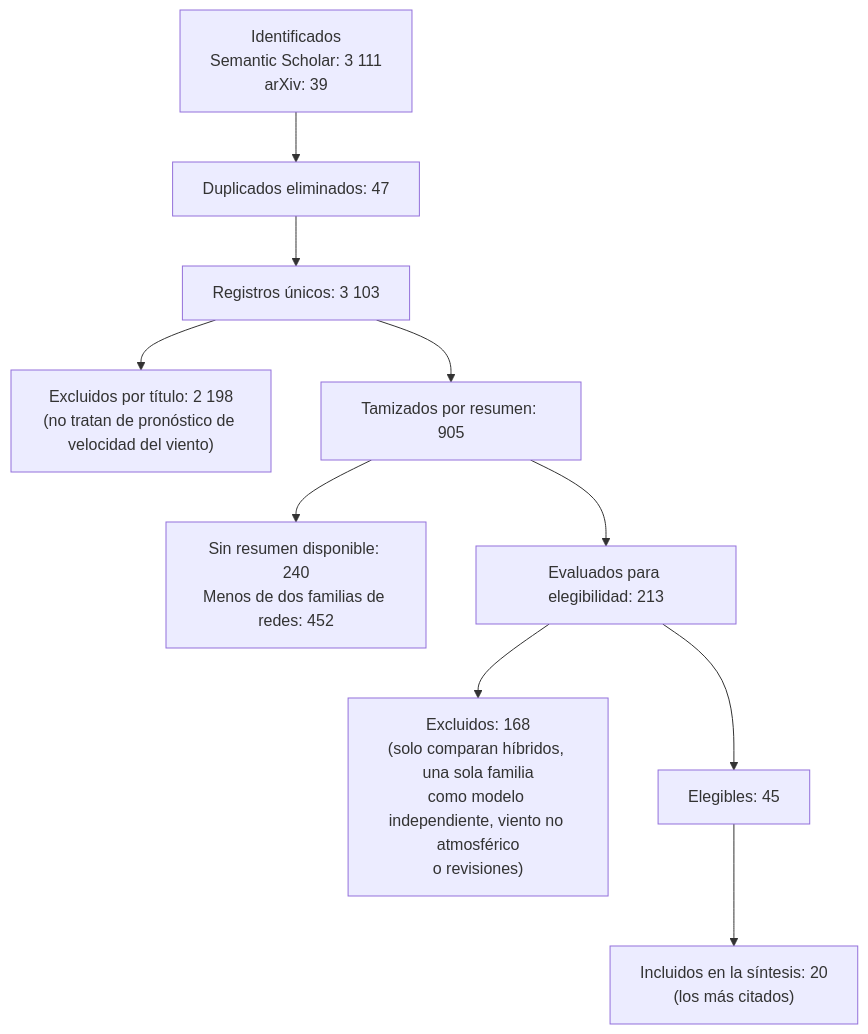
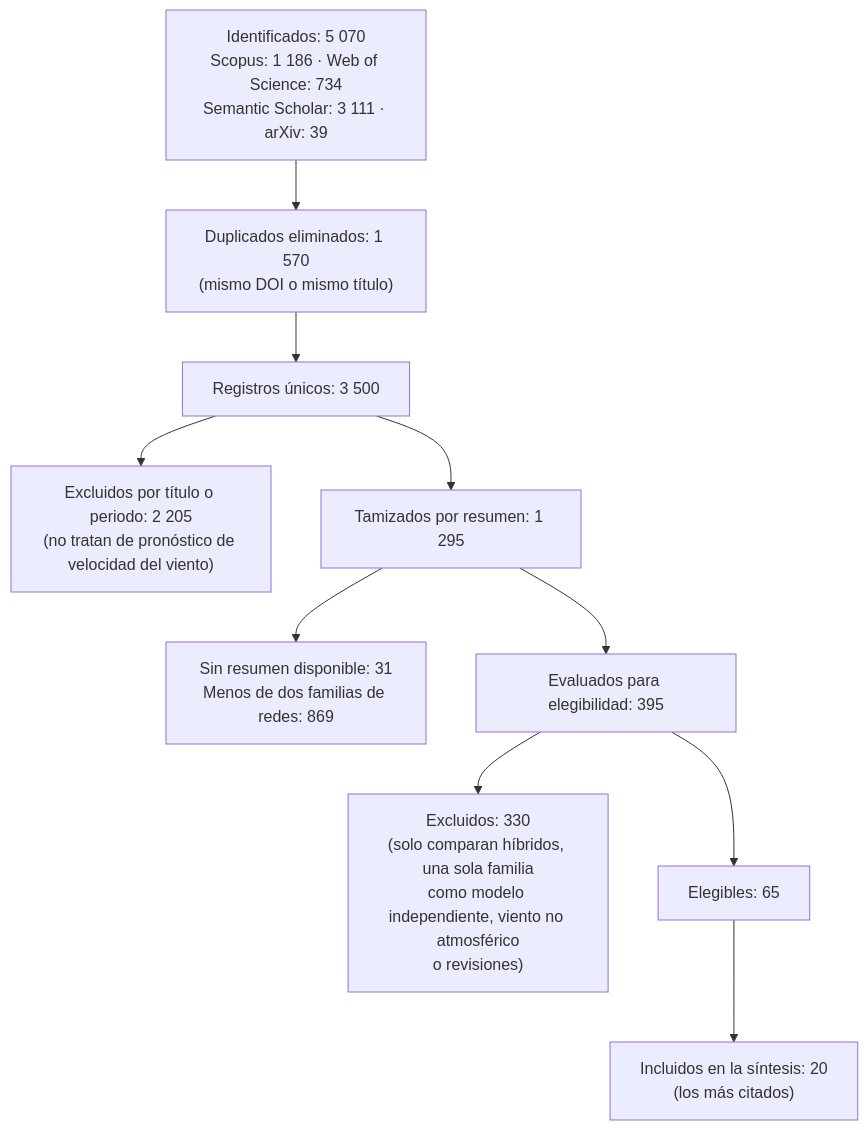
One commit to BetzyW/Deep-Learning-Wind changed the diagram in 03_literatura.md. Above: the diagram before and after it, drawn with Mermaid. The commit also changed other lines of this file and 11 other files, not shown here.

First line of the commit message:
Revisión de literatura con Scopus y Web of Science

````diff
--- a/03_literatura.md
+++ b/03_literatura.md
@@ -39,12 +50,12 @@
 ```{mermaid}
 flowchart TD
-    A["Identificados<br/>Semantic Scholar: 3 111<br/>arXiv: 39"] --> B["Duplicados eliminados: 47"]
-    B --> C["Registros únicos: 3 103"]
-    C --> D["Excluidos por título: 2 198<br/>(no tratan de pronóstico de velocidad del viento)"]
-    C --> E["Tamizados por resumen: 905"]
-    E --> F["Sin resumen disponible: 240<br/>Menos de dos familias de redes: 452"]
-    E --> G["Evaluados para elegibilidad: 213"]
-    G --> H["Excluidos: 168<br/>(solo comparan híbridos, una sola familia<br/>como modelo independiente, viento no atmosférico<br/>o revisiones)"]
-    G --> I["Elegibles: 45"]
+    A["Identificados: 5 070<br/>Scopus: 1 186 · Web of Science: 734<br/>Semantic Scholar: 3 111 · arXiv: 39"] --> B["Duplicados eliminados: 1 570<br/>(mismo DOI o mismo título)"]
+    B --> C["Registros únicos: 3 500"]
+    C --> D["Excluidos por título o periodo: 2 205<br/>(no tratan de pronóstico de velocidad del viento)"]
+    C --> E["Tamizados por resumen: 1 295"]
+    E --> F["Sin resumen disponible: 31<br/>Menos de dos familias de redes: 869"]
+    E --> G["Evaluados para elegibilidad: 395"]
+    G --> H["Excluidos: 330<br/>(solo comparan híbridos, una sola familia<br/>como modelo independiente, viento no atmosférico<br/>o revisiones)"]
+    G --> I["Elegibles: 65"]
     I --> J["Incluidos en la síntesis: 20<br/>(los más citados)"]
 ```
````
